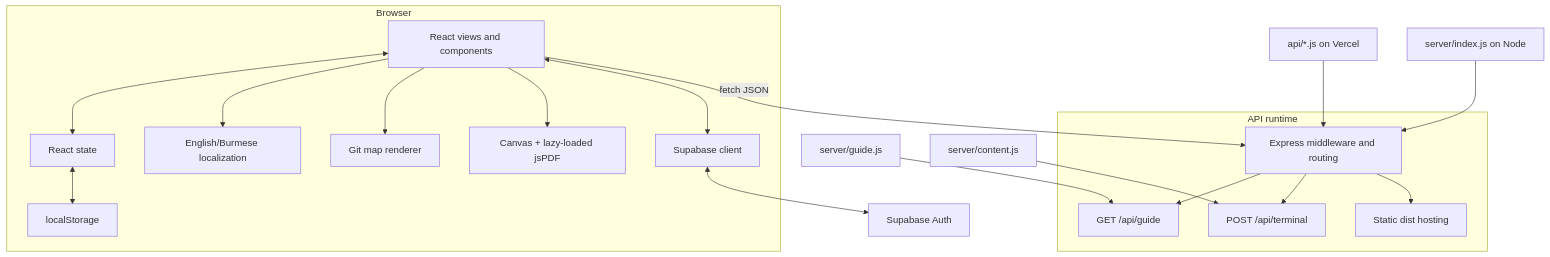
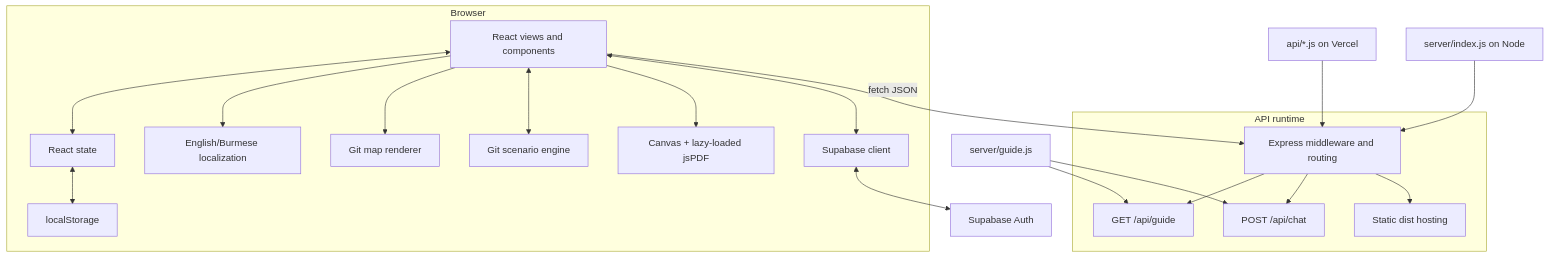
The second of 9 diagrams in docs/ARCHITECTURE.md (MoriartyLink/git-guide), drawn with Mermaid before and after one commit. The commit also changed other lines of this file and 26 other files, not shown here.

````diff
--- a/docs/ARCHITECTURE.md
+++ b/docs/ARCHITECTURE.md
@@ -30,36 +34,38 @@
 ```mermaid
 flowchart TB
     subgraph Browser
         UI["React views and components"]
         State["React state"]
         Localize["English/Burmese localization"]
         GitMap["Git map renderer"]
+        GitEngine["Git scenario engine"]
         PDF["Canvas + lazy-loaded jsPDF"]
         LS["localStorage"]
         AuthClient["Supabase client"]
         UI <--> State
         UI --> Localize
         UI --> GitMap
+        UI <--> GitEngine
         UI --> PDF
         State <--> LS
         UI <--> AuthClient
     end
 
     AuthClient <--> SupabaseAuth["Supabase Auth"]
 
     subgraph API_Runtime["API runtime"]
         Express["Express middleware and routing"]
         GuideRoute["GET /api/guide"]
-        TerminalRoute["POST /api/terminal"]
+        ChatRoute["POST /api/chat"]
         Static["Static dist hosting"]
         Express --> GuideRoute
-        Express --> TerminalRoute
+        Express --> ChatRoute
         Express --> Static
     end
 
     GuideData["server/guide.js"] --> GuideRoute
-    TerminalData["server/content.js"] --> TerminalRoute
+    GuideData --> ChatRoute
     UI -->|fetch JSON| Express
     Vercel["api/*.js on Vercel"] --> Express
     Node["server/index.js on Node"] --> Express
 ```
````
